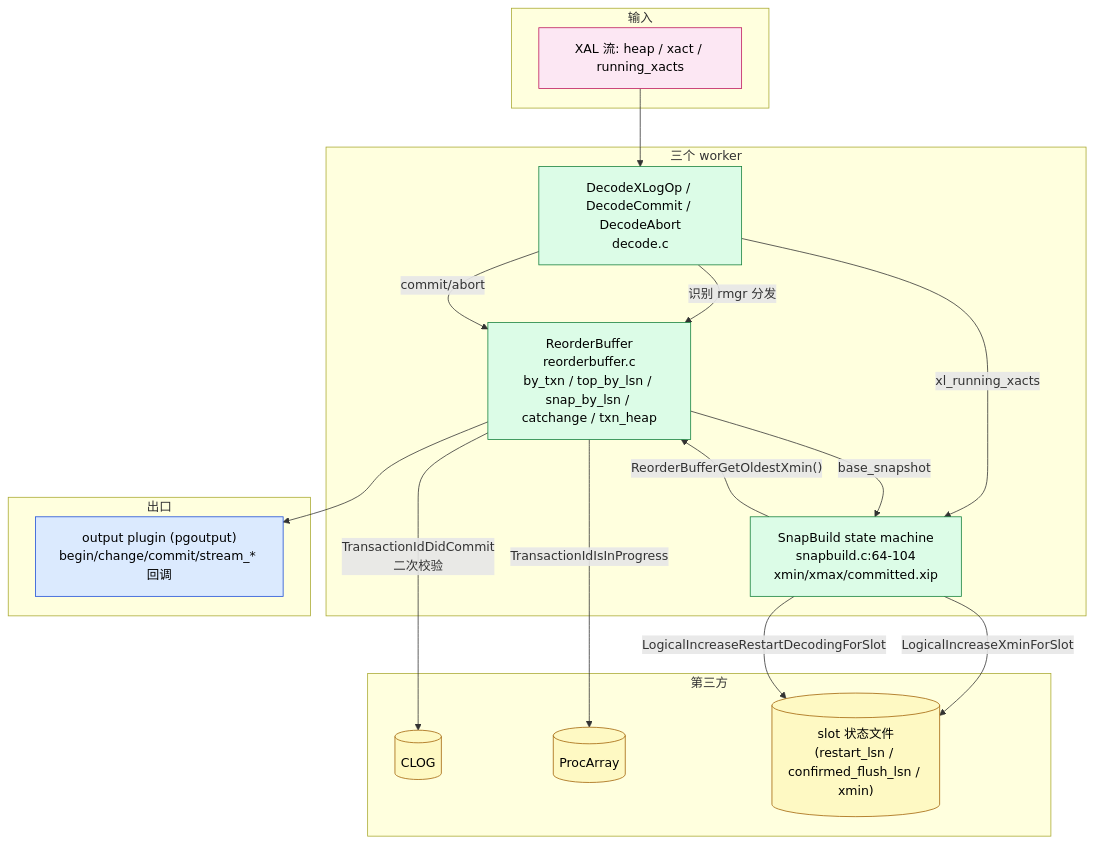
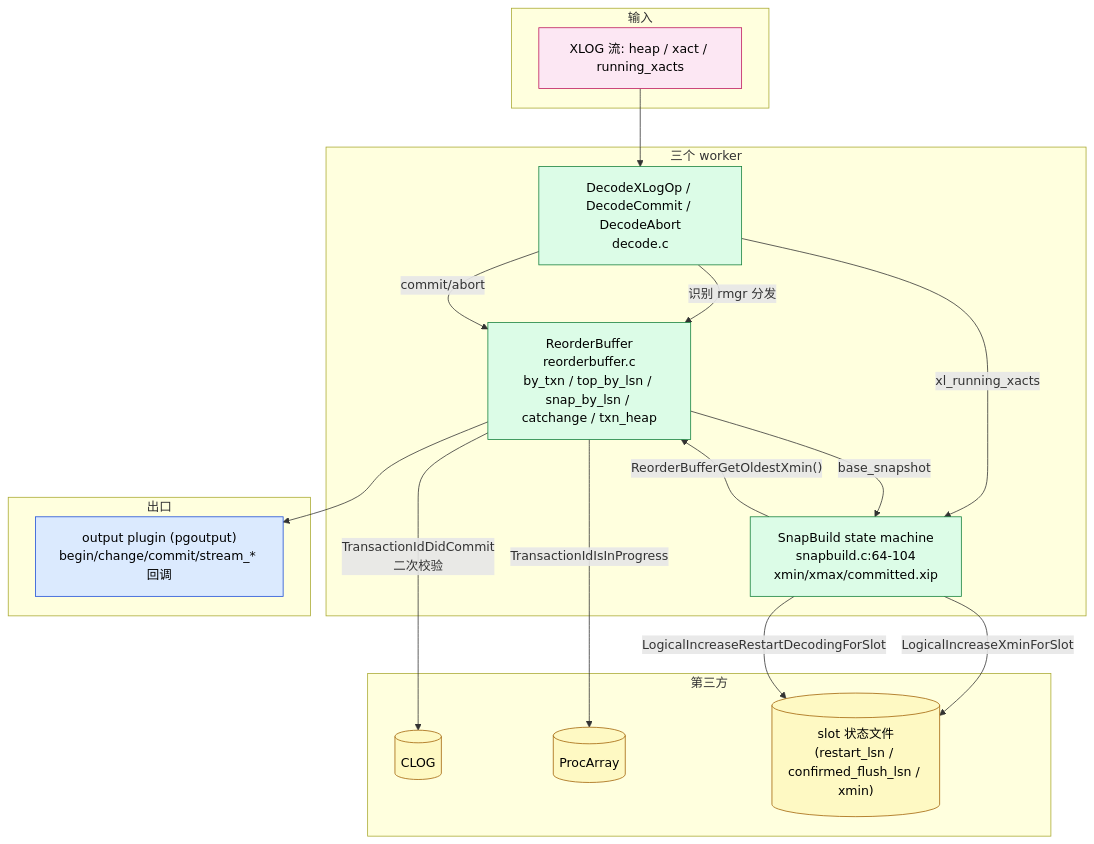
Before and after one commit to growdu/blog: the ninth of 10 diagrams in docs/database/postgresql-logical-replication-reorderbuffer-transaction/index.md, drawn with Mermaid. The commit also changed other lines of this file and 1 other file, not shown here.

First line of the commit message:
fix(database): fix mermaid diagrams not rendering in 2 logical-replication articles

````diff
--- a/docs/database/postgresql-logical-replication-reorderbuffer-transaction/index.md
+++ b/docs/database/postgresql-logical-replication-reorderbuffer-transaction/index.md
@@ -924,47 +924,47 @@
 ```mermaid
 flowchart TB
   subgraph 输入
-    WAL[XAL 流: heap / xact / running_xacts]
+    WAL["XLOG 流: heap / xact / running_xacts"]
   end
 
   subgraph 三个 worker
     DEC["DecodeXLogOp / DecodeCommit / DecodeAbort<br/>decode.c"]
     SB["SnapBuild state machine<br/>snapbuild.c:64-104<br/>xmin/xmax/committed.xip"]
     RB["ReorderBuffer<br/>reorderbuffer.c<br/>by_txn / top_by_lsn / snap_by_lsn / catchange / txn_heap"]
   end
 
   subgraph 第三方
     CLOG[("CLOG")]
     PROC[("ProcArray")]
     SLOT[("slot 状态文件<br/>(restart_lsn / confirmed_flush_lsn / xmin)")]
   end
 
   subgraph 出口
     OUT["output plugin (pgoutput)<br/>begin/change/commit/stream_* 回调"]
   end
 
   WAL --> DEC
   DEC -->|"识别 rmgr 分发"| RB
   DEC -->|"xl_running_xacts"| SB
   DEC -->|"commit/abort"| RB
 
   SB -->|"ReorderBufferGetOldestXmin()"| RB
   RB -->|"base_snapshot"| SB
 
   RB -->|"TransactionIdDidCommit<br/>二次校验"| CLOG
   RB -->|"TransactionIdIsInProgress"| PROC
   SB -->|"LogicalIncreaseXminForSlot"| SLOT
   SB -->|"LogicalIncreaseRestartDecodingForSlot"| SLOT
 
   RB --> OUT
 
   classDef in fill:#fce7f3,stroke:#be185d,color:#000
   classDef worker fill:#dcfce7,stroke:#15803d,color:#000
   classDef ext fill:#fef9c3,stroke:#a16207,color:#000
   classDef out fill:#dbeafe,stroke:#1d4ed8,color:#000
 
   class WAL in
   class DEC,SB,RB worker
   class CLOG,PROC,SLOT ext
   class OUT out
 ```
````
